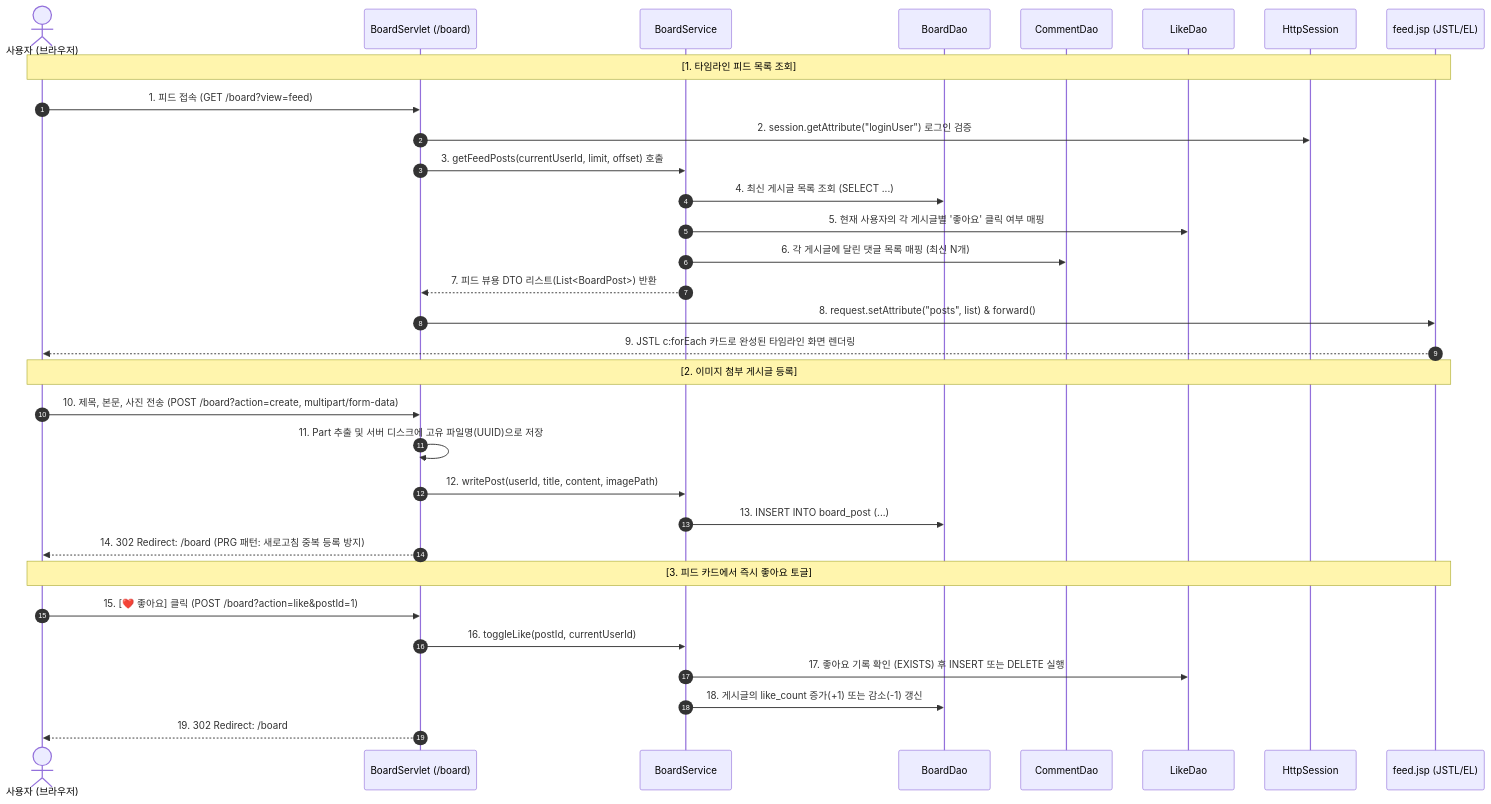
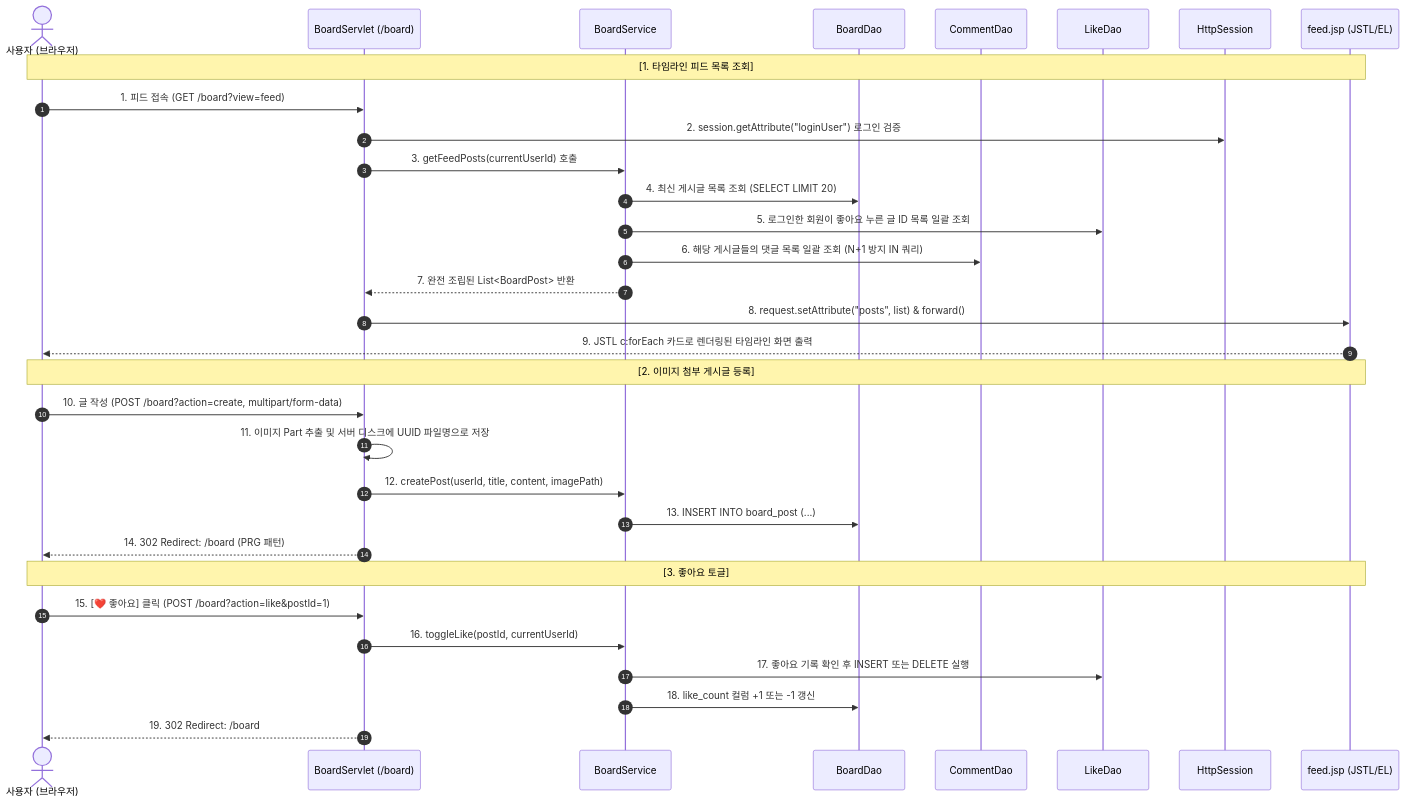
One commit to jackbongmin/Survlet_practice changed the diagram in docs/guide/4.JSP_FEED_BOARD_GUIDE.md. Above: the diagram before and after it, drawn with Mermaid. The commit also changed other lines of this file and 11 other files, not shown here.

````diff
--- a/docs/guide/4.JSP_FEED_BOARD_GUIDE.md
+++ b/docs/guide/4.JSP_FEED_BOARD_GUIDE.md
@@ -147,37 +117,37 @@
 ```mermaid
 sequenceDiagram
     autonumber
     actor User as 사용자 (브라우저)
     participant BoardServlet as BoardServlet (/board)
     participant BoardService as BoardService
-    participant PostDao as BoardDao
+    participant BoardDao as BoardDao
     participant CommentDao as CommentDao
     participant LikeDao as LikeDao
     participant Session as HttpSession
     participant View as feed.jsp (JSTL/EL)
 
     Note over User, View: [1. 타임라인 피드 목록 조회]
     User->>BoardServlet: 1. 피드 접속 (GET /board?view=feed)
     BoardServlet->>Session: 2. session.getAttribute("loginUser") 로그인 검증
-    BoardServlet->>BoardService: 3. getFeedPosts(currentUserId, limit, offset) 호출
-    BoardService->>PostDao: 4. 최신 게시글 목록 조회 (SELECT ...)
-    BoardService->>LikeDao: 5. 현재 사용자의 각 게시글별 '좋아요' 클릭 여부 매핑
-    BoardService->>CommentDao: 6. 각 게시글에 달린 댓글 목록 매핑 (최신 N개)
-    BoardService-->>BoardServlet: 7. 피드 뷰용 DTO 리스트(List<BoardPost>) 반환
+    BoardServlet->>BoardService: 3. getFeedPosts(currentUserId) 호출
+    BoardService->>BoardDao: 4. 최신 게시글 목록 조회 (SELECT LIMIT 20)
+    BoardService->>LikeDao: 5. 로그인한 회원이 좋아요 누른 글 ID 목록 일괄 조회
+    BoardService->>CommentDao: 6. 해당 게시글들의 댓글 목록 일괄 조회 (N+1 방지 IN 쿼리)
+    BoardService-->>BoardServlet: 7. 완전 조립된 List<BoardPost> 반환
     BoardServlet->>View: 8. request.setAttribute("posts", list) & forward()
-    View-->>User: 9. JSTL c:forEach 카드로 완성된 타임라인 화면 렌더링
+    View-->>User: 9. JSTL c:forEach 카드로 렌더링된 타임라인 화면 출력
 
     Note over User, View: [2. 이미지 첨부 게시글 등록]
-    User->>BoardServlet: 10. 제목, 본문, 사진 전송 (POST /board?action=create, multipart/form-data)
-    BoardServlet->>BoardServlet: 11. Part 추출 및 서버 디스크에 고유 파일명(UUID)으로 저장
-    BoardServlet->>BoardService: 12. writePost(userId, title, content, imagePath)
-    BoardService->>PostDao: 13. INSERT INTO board_post (...)
-    BoardServlet-->>User: 14. 302 Redirect: /board (PRG 패턴: 새로고침 중복 등록 방지)
+    User->>BoardServlet: 10. 글 작성 (POST /board?action=create, multipart/form-data)
+    BoardServlet->>BoardServlet: 11. 이미지 Part 추출 및 서버 디스크에 UUID 파일명으로 저장
+    BoardServlet->>BoardService: 12. createPost(userId, title, content, imagePath)
+    BoardService->>BoardDao: 13. INSERT INTO board_post (...)
+    BoardServlet-->>User: 14. 302 Redirect: /board (PRG 패턴)
 
-    Note over User, View: [3. 피드 카드에서 즉시 좋아요 토글]
+    Note over User, View: [3. 좋아요 토글]
     User->>BoardServlet: 15. [❤️ 좋아요] 클릭 (POST /board?action=like&postId=1)
     BoardServlet->>BoardService: 16. toggleLike(postId, currentUserId)
-    BoardService->>LikeDao: 17. 좋아요 기록 확인 (EXISTS) 후 INSERT 또는 DELETE 실행
-    BoardService->>PostDao: 18. 게시글의 like_count 증가(+1) 또는 감소(-1) 갱신
-    BoardServlet-->>User: 19. 302 Redirect: /board#post-1 (해당 카드 위치로 스크롤 복귀)
+    BoardService->>LikeDao: 17. 좋아요 기록 확인 후 INSERT 또는 DELETE 실행
+    BoardService->>BoardDao: 18. like_count 컬럼 +1 또는 -1 갱신
+    BoardServlet-->>User: 19. 302 Redirect: /board#post-1 (해당 위치로 스크롤 보존)
 ```
````
